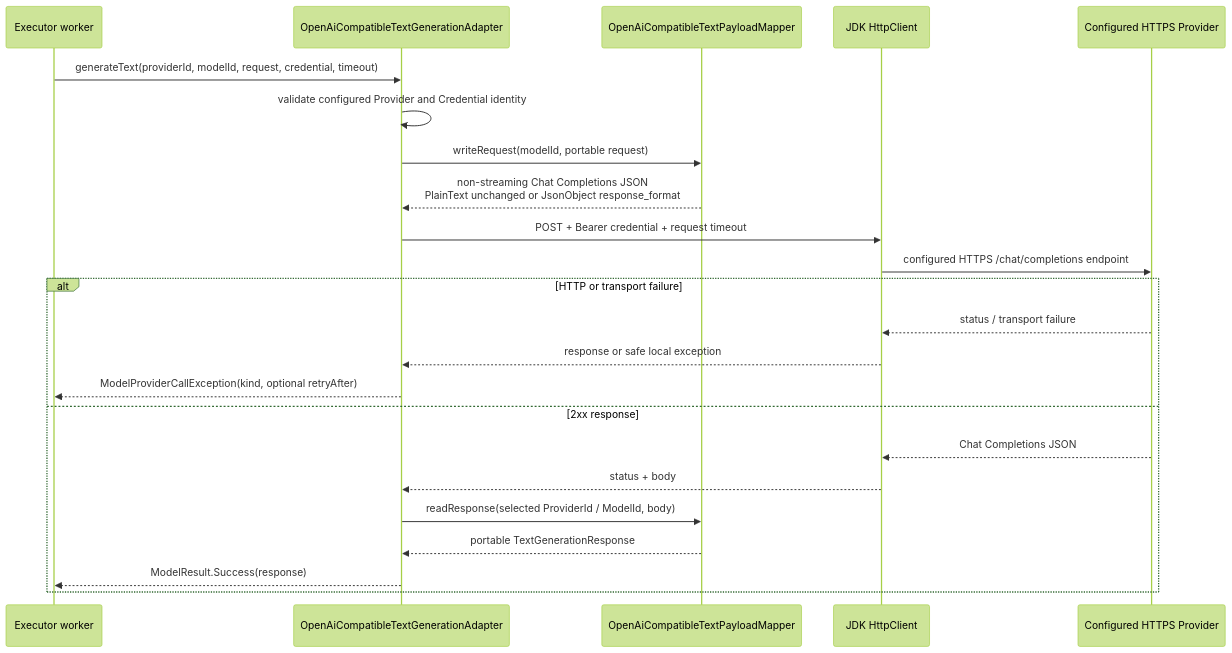
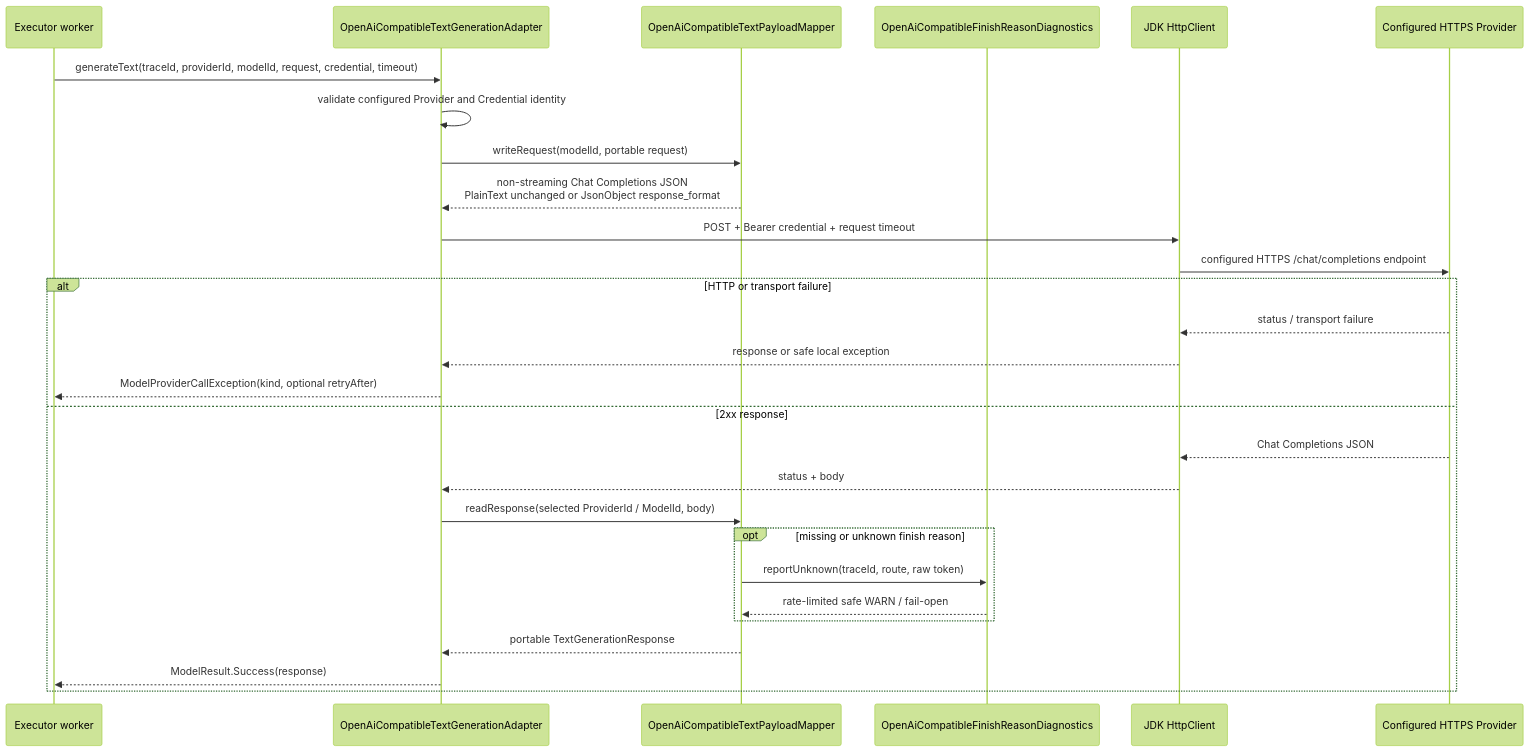
Before and after one commit to AnnnaSun/DailyLanguage: the diagram in docs/flow/text-generation-openai-compatible-provider.md, drawn with Mermaid (forest theme). The commit also changed other lines of this file and 17 other files, not shown here.

````diff
--- a/docs/flow/text-generation-openai-compatible-provider.md
+++ b/docs/flow/text-generation-openai-compatible-provider.md
@@ -32,26 +35,31 @@
 ```mermaid
 sequenceDiagram
     participant Worker as Executor worker
     participant Adapter as OpenAiCompatibleTextGenerationAdapter
     participant Mapper as OpenAiCompatibleTextPayloadMapper
+    participant Diagnostics as OpenAiCompatibleFinishReasonDiagnostics
     participant HTTP as JDK HttpClient
     participant Provider as Configured HTTPS Provider
 
-    Worker->>Adapter: generateText(providerId, modelId, request, credential, timeout)
+    Worker->>Adapter: generateText(traceId, providerId, modelId, request, credential, timeout)
     Adapter->>Adapter: validate configured Provider and Credential identity
     Adapter->>Mapper: writeRequest(modelId, portable request)
     Mapper-->>Adapter: non-streaming Chat Completions JSON<br/>PlainText unchanged or JsonObject response_format
     Adapter->>HTTP: POST + Bearer credential + request timeout
     HTTP->>Provider: configured HTTPS /chat/completions endpoint
     alt HTTP or transport failure
         Provider-->>HTTP: status / transport failure
         HTTP-->>Adapter: response or safe local exception
         Adapter-->>Worker: ModelProviderCallException(kind, optional retryAfter)
     else 2xx response
         Provider-->>HTTP: Chat Completions JSON
         HTTP-->>Adapter: status + body
         Adapter->>Mapper: readResponse(selected ProviderId / ModelId, body)
+        opt missing or unknown finish reason
+            Mapper->>Diagnostics: reportUnknown(traceId, route, raw token)
+            Diagnostics-->>Mapper: rate-limited safe WARN / fail-open
+        end
         Mapper-->>Adapter: portable TextGenerationResponse
         Adapter-->>Worker: ModelResult.Success(response)
     end
 ```
````
